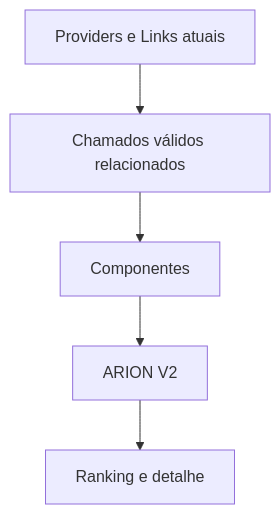
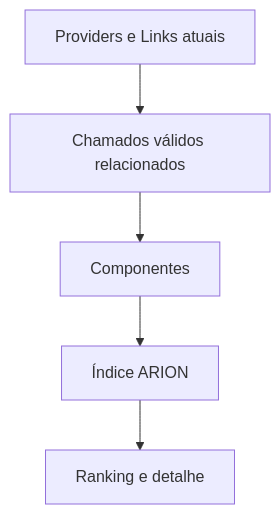
One commit to pedrocavalcanti-dev/Arion-Atacado-Geo changed the sixth of 7 diagrams in docs/ARQUITETURA.md. Above: the diagram before and after it, drawn with Mermaid. The commit also changed other lines of this file and 59 other files, not shown here.

````diff
--- a/docs/ARQUITETURA.md
+++ b/docs/ARQUITETURA.md
@@ -91,7 +91,7 @@
 ```mermaid
 flowchart TD
 P[Providers e Links atuais] --> T[Chamados válidos relacionados]
 T --> C[Componentes]
-C --> V[ARION V2]
+C --> V[Índice ARION]
 V --> R[Ranking e detalhe]
 ```
````
